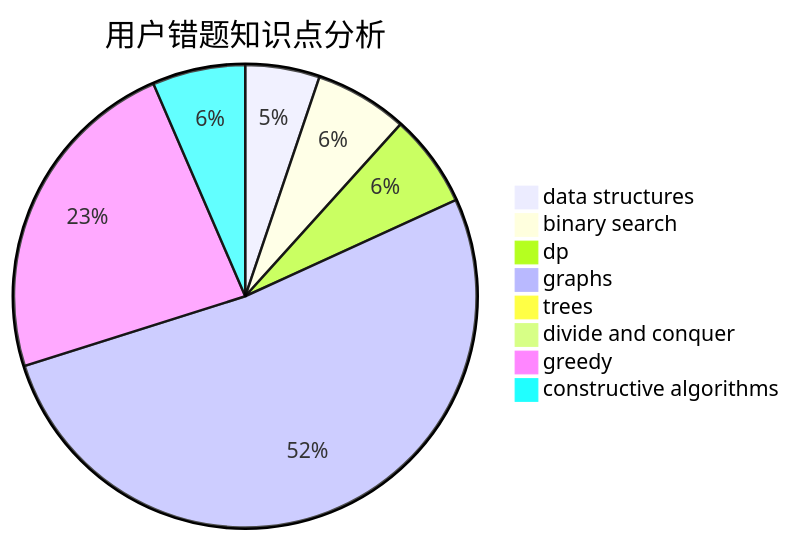
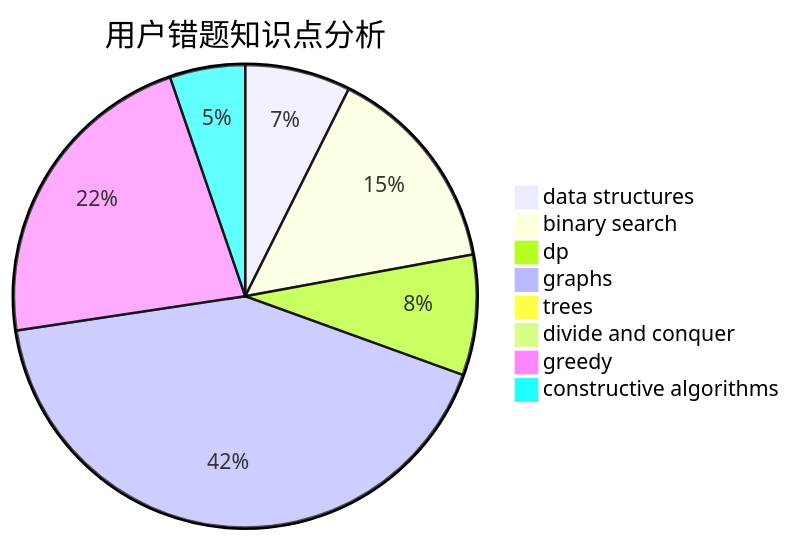
The third of 3 diagrams in docs/user/u273.md (sherpahu/cfrs.github.io), drawn with Mermaid before and after one commit. The commit also changed other lines of this file and 2770 other files, not shown here.

````diff
--- a/docs/user/u273.md
+++ b/docs/user/u273.md
@@ -36,11 +36,11 @@
 ```mermaid
 pie title 用户错题知识点分析
-    "data structures" :  4
-    "binary search" :  5
-    "dp" :  5
+    "data structures" :  7
+    "binary search" :  14
+    "dp" :  8
     "graphs" :  40
     "trees" :  0
     "divide and conquer" :  0
-    "greedy" :  18
+    "greedy" :  21
     "constructive algorithms" :  5
 ```
````
